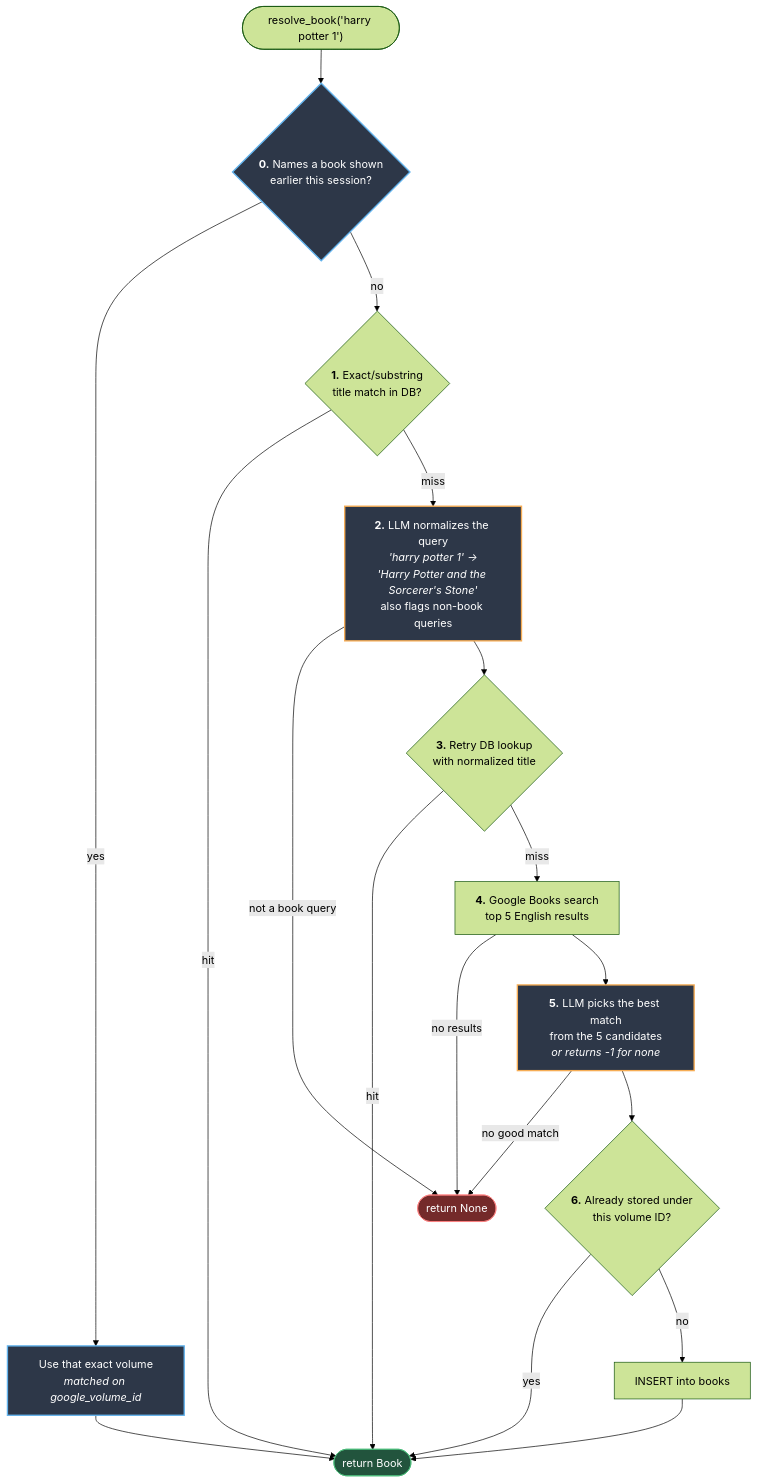
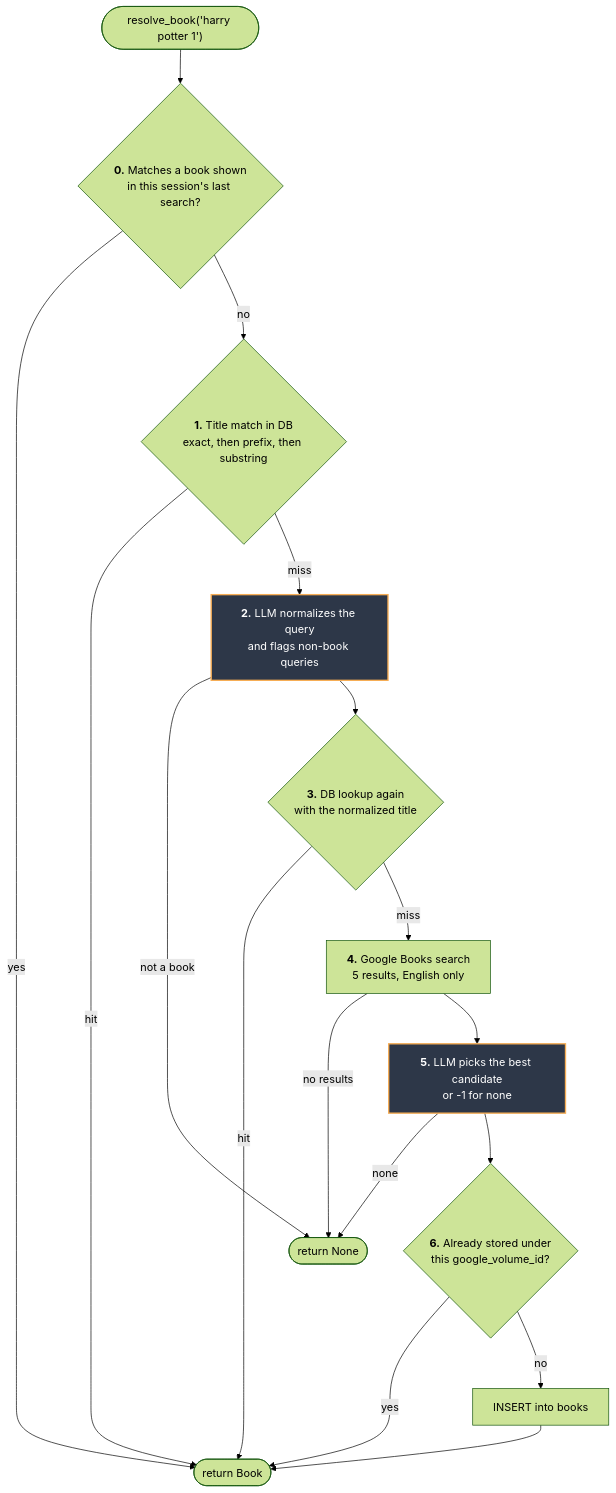
The third of 3 diagrams in README.md (rohitxseth/readledgerx), drawn with Mermaid (forest theme) before and after one commit. The commit also changed other lines of this file and 13 other files, not shown here.

````diff
--- a/README.md
+++ b/README.md
@@ -224,40 +160,28 @@
 ```mermaid
 flowchart TD
     Start(["resolve_book('harry potter 1')"]) --> S0
-
-    S0{"<b>0.</b> Names a book shown<br/>earlier this session?"}
-    S0 -->|yes| Pin["Use that exact volume<br/><i>matched on google_volume_id</i>"]
-    Pin --> Done
+    S0{"<b>0.</b> Matches a book shown<br/>in this session's last search?"}
+    S0 -->|yes| Done(["return Book"])
     S0 -->|no| S1
-
-    S1{"<b>1.</b> Exact/substring<br/>title match in DB?"}
-    S1 -->|hit| Done(["return Book"])
+    S1{"<b>1.</b> Title match in DB<br/>exact, then prefix, then substring"}
+    S1 -->|hit| Done
     S1 -->|miss| S2
-
-    S2["<b>2.</b> LLM normalizes the query<br/><i>'harry potter 1' →<br/>'Harry Potter and the Sorcerer's Stone'</i><br/>also flags non-book queries"]
-    S2 -->|not a book query| Nothing(["return None"])
+    S2["<b>2.</b> LLM normalizes the query<br/>and flags non-book queries"]
+    S2 -->|not a book| Nothing(["return None"])
     S2 --> S3
-
-    S3{"<b>3.</b> Retry DB lookup<br/>with normalized title"}
+    S3{"<b>3.</b> DB lookup again<br/>with the normalized title"}
     S3 -->|hit| Done
     S3 -->|miss| S4
-
-    S4["<b>4.</b> Google Books search<br/>top 5 English results"]
+    S4["<b>4.</b> Google Books search<br/>5 results, English only"]
     S4 -->|no results| Nothing
     S4 --> S5
-
-    S5["<b>5.</b> LLM picks the best match<br/>from the 5 candidates<br/><i>or returns -1 for none</i>"]
-    S5 -->|no good match| Nothing
+    S5["<b>5.</b> LLM picks the best candidate<br/>or -1 for none"]
+    S5 -->|none| Nothing
     S5 --> S6
-
-    S6{"<b>6.</b> Already stored under<br/>this volume ID?"}
+    S6{"<b>6.</b> Already stored under<br/>this google_volume_id?"}
     S6 -->|yes| Done
     S6 -->|no| Save["INSERT into books"] --> Done
 
-    style S0 fill:#2d3748,stroke:#63b3ed,stroke-width:2px,color:#fff
-    style Pin fill:#2d3748,stroke:#63b3ed,stroke-width:2px,color:#fff
     style S2 fill:#2d3748,stroke:#f6ad55,stroke-width:2px,color:#fff
     style S5 fill:#2d3748,stroke:#f6ad55,stroke-width:2px,color:#fff
-    style Done fill:#22543d,stroke:#48bb78,color:#fff
-    style Nothing fill:#742a2a,stroke:#fc8181,color:#fff
 ```
````
